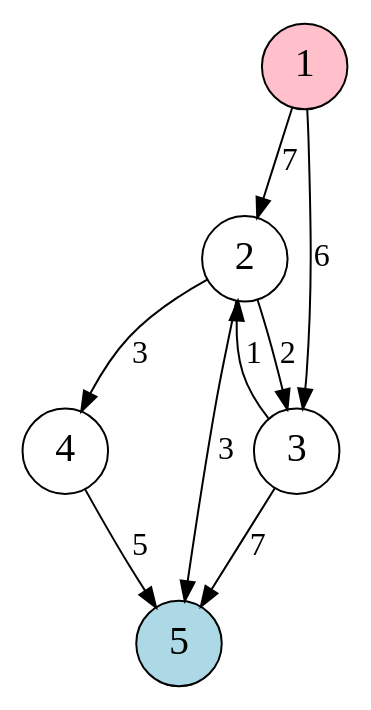
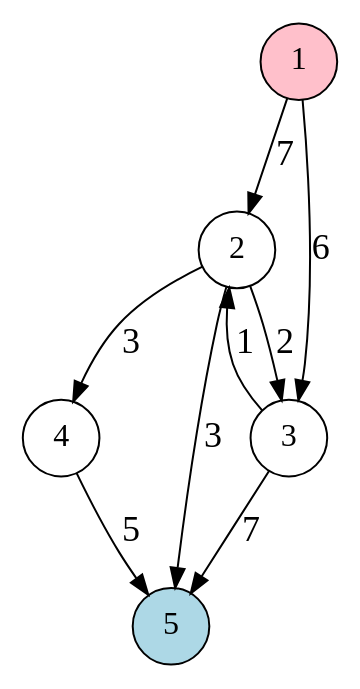
Before and after one commit to AdrianMatei20/FlowAlgorithmsVisualized: the diagram in NetworkData/Networks/Network_4.dot, drawn with Graphviz. The commit also changed 5 other files, not shown here.

```diff
--- a/NetworkData/Networks/Network_4.dot
+++ b/NetworkData/Networks/Network_4.dot
@@ -1,21 +1,21 @@
 digraph {
 
     node [shape="circle", fontsize="20px"];
     edge [fontsize="20px"];
 
-    1 [label="1", pos="0,1!", fontsize="20px", shape="circle", style="filled", fillcolor="pink"];
-    2 [label="2", pos="2,2!", fontsize="20px", shape="circle"];
-    3 [label="3", pos="2,0!", fontsize="20px", shape="circle"];
-    4 [label="4", pos="4,2!", fontsize="20px", shape="circle"];
-    5 [label="5", pos="4,0!", fontsize="20px", shape="circle", style="filled", fillcolor="lightblue"];
+    1 [label="1", pos="0,1!", fontsize="16px", shape="circle", style="filled", fillcolor="pink"];
+    2 [label="2", pos="2,2!", fontsize="16px", shape="circle"];
+    3 [label="3", pos="2,0!", fontsize="16px", shape="circle"];
+    4 [label="4", pos="4,2!", fontsize="16px", shape="circle"];
+    5 [label="5", pos="4,0!", fontsize="16px", shape="circle", style="filled", fillcolor="lightblue"];
 
-    1 -> 2 [label="7", fontsize="16px"];
-    1 -> 3 [label="6", fontsize="16px"];
-    2 -> 3 [label="2", fontsize="16px"];
-    2 -> 4 [label="3", fontsize="16px"];
-    2 -> 5 [label="3", fontsize="16px"];
-    3 -> 2 [label="1", fontsize="16px"];
-    3 -> 5 [label="7", fontsize="16px"];
-    4 -> 5 [label="5", fontsize="16px"];
+    1 -> 2 [label="7", fontsize="18px"];
+    1 -> 3 [label="6", fontsize="18px"];
+    2 -> 3 [label="2", fontsize="18px"];
+    2 -> 4 [label="3", fontsize="18px"];
+    2 -> 5 [label="3", fontsize="18px"];
+    3 -> 2 [label="1", fontsize="18px"];
+    3 -> 5 [label="7", fontsize="18px"];
+    4 -> 5 [label="5", fontsize="18px"];
 
 }
```
